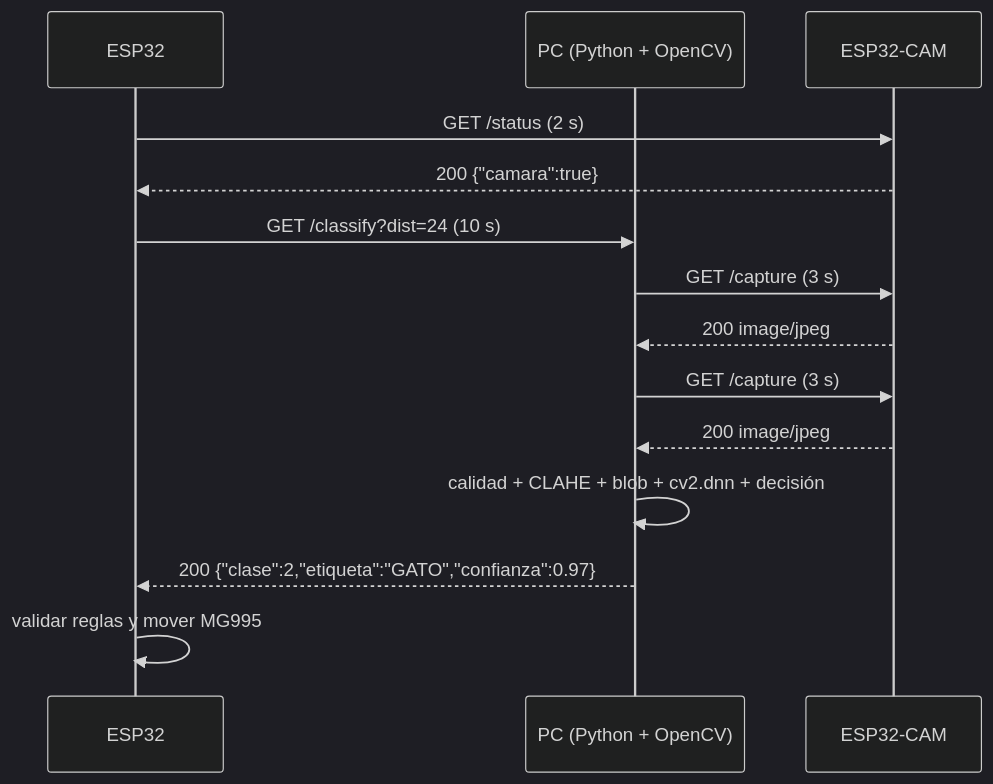
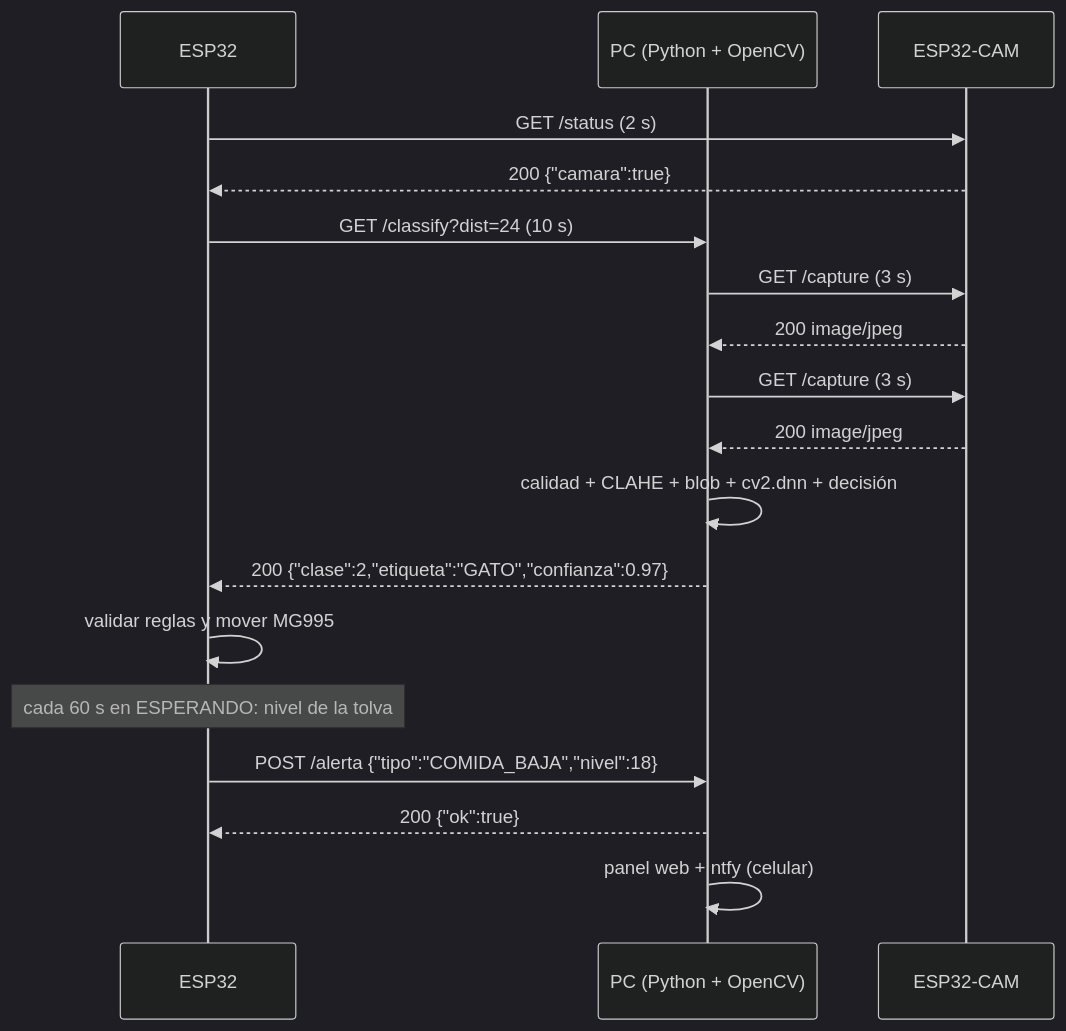
The second of 3 diagrams in README.md (bryanramosing-ux/Proyecto-Dispensador-IOT), drawn with Mermaid (dark theme) before and after one commit. The commit also changed other lines of this file and 13 other files, not shown here.

````diff
--- a/README.md
+++ b/README.md
@@ -368,16 +406,20 @@
 ```mermaid
 sequenceDiagram
   participant E as ESP32
   participant P as PC (Python + OpenCV)
   participant C as ESP32-CAM
   E->>C: GET /status (2 s)
   C-->>E: 200 {"camara":true}
   E->>P: GET /classify?dist=24 (10 s)
   P->>C: GET /capture (3 s)
   C-->>P: 200 image/jpeg
   P->>C: GET /capture (3 s)
   C-->>P: 200 image/jpeg
   P->>P: calidad + CLAHE + blob + cv2.dnn + decisión
   P-->>E: 200 {"clase":2,"etiqueta":"GATO","confianza":0.97}
   E->>E: validar reglas y mover MG995
+  Note over E: cada 60 s en ESPERANDO: nivel de la tolva
+  E->>P: POST /alerta {"tipo":"COMIDA_BAJA","nivel":18}
+  P-->>E: 200 {"ok":true}
+  P->>P: panel web + ntfy (celular)
 ```
````
